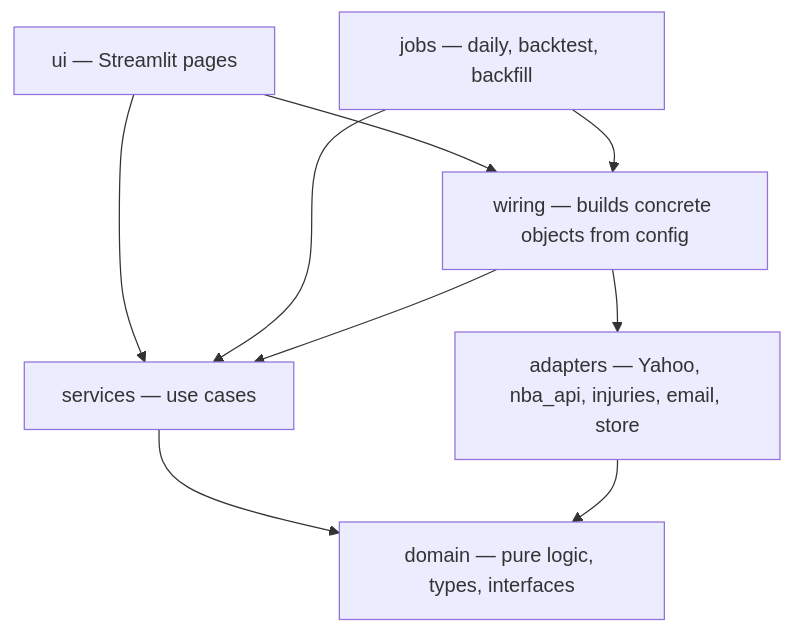
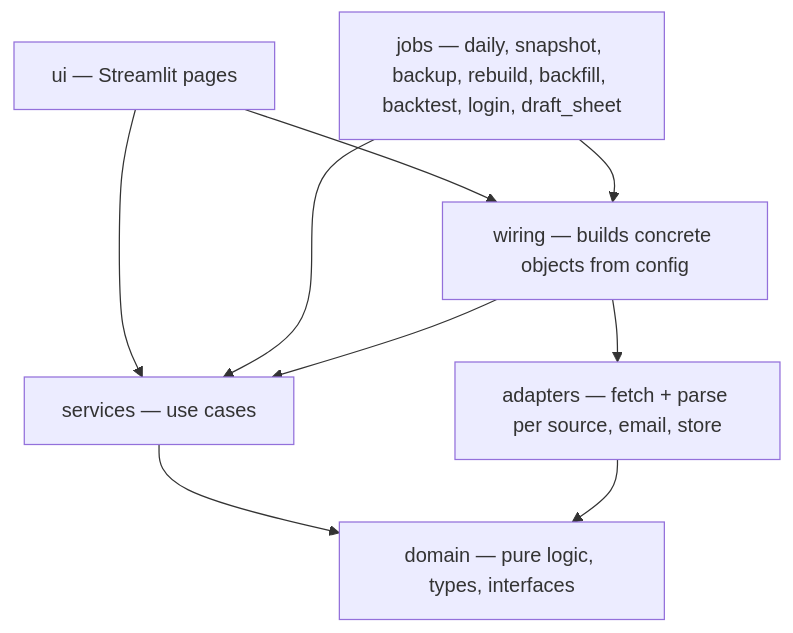
Before and after one commit to Thanasisvl/nba-fantasy-assistant: the second of 5 diagrams in docs/ARCHITECTURE.md, drawn with Mermaid. The commit also changed other lines of this file, not shown here.

Commit message:
Architecture: fetch/parse adapters, InjuryFeed, storage tiers, recorder flows

````diff
--- a/docs/ARCHITECTURE.md
+++ b/docs/ARCHITECTURE.md
@@ -87,18 +96,18 @@
 ```mermaid
 flowchart TB
     ui[ui — Streamlit pages]
-    jobs[jobs — daily, backtest, backfill]
+    jobs[jobs — daily, snapshot, backup, rebuild, backfill, backtest, login, draft_sheet]
     wiring[wiring — builds concrete objects from config]
     services[services — use cases]
     domain[domain — pure logic, types, interfaces]
-    adapters[adapters — Yahoo, nba_api, injuries, email, store]
+    adapters["adapters — fetch + parse per source, email, store"]
 
     ui --> services
     jobs --> services
     ui --> wiring
     jobs --> wiring
     wiring --> adapters
     wiring --> services
     services --> domain
     adapters --> domain
 ```
````
